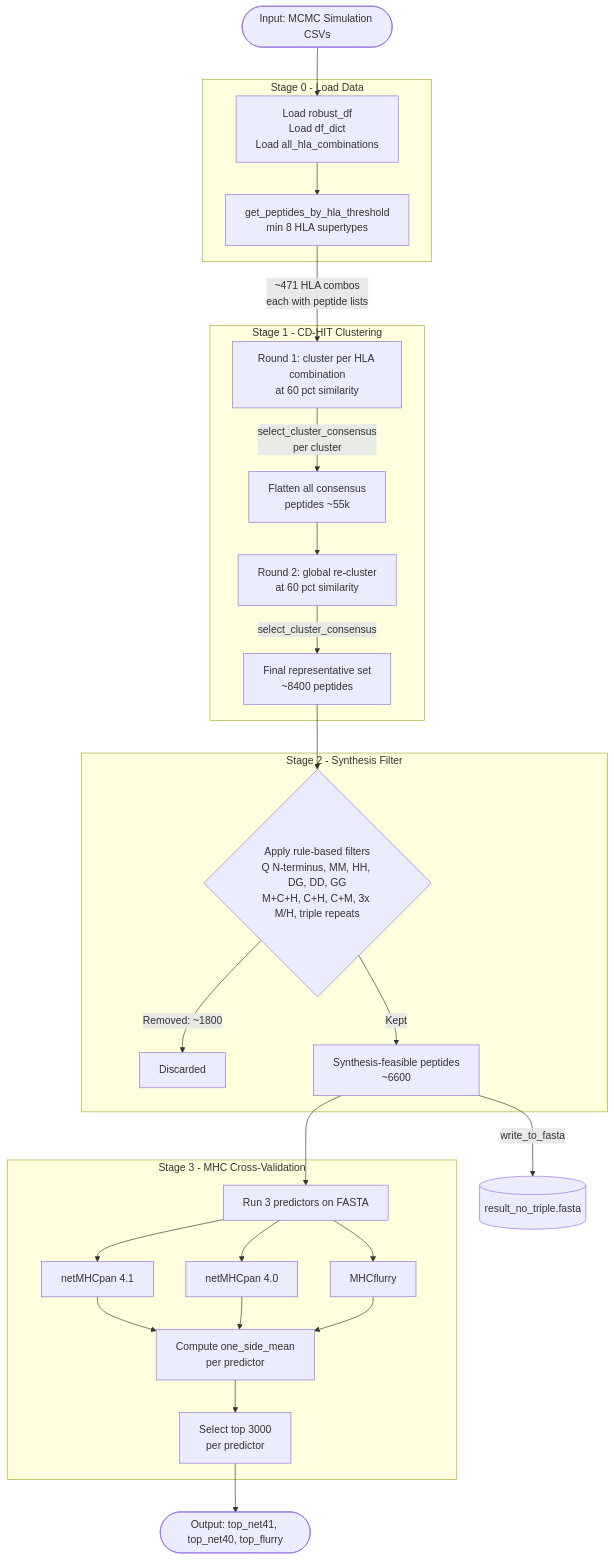
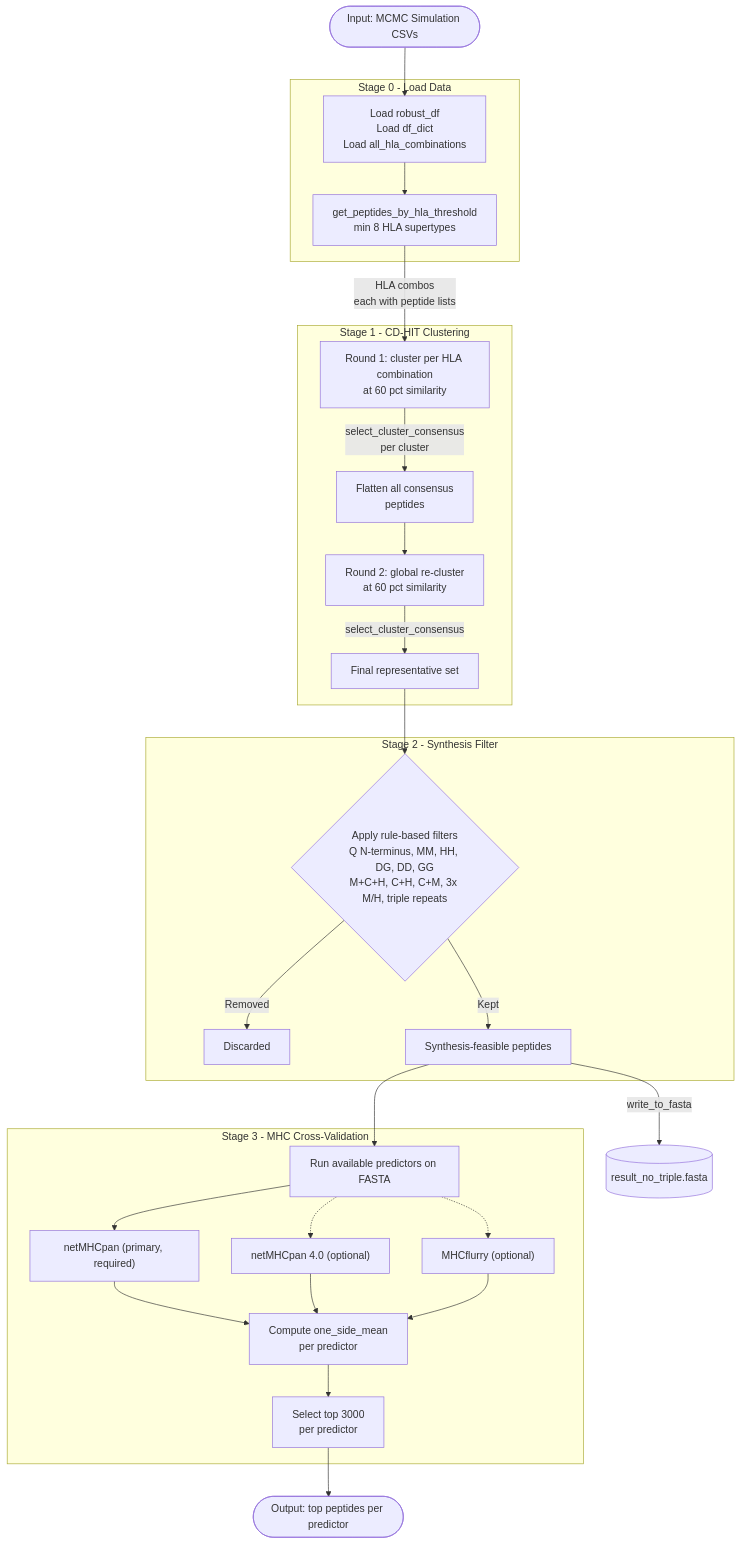
One commit to elinor5938/super-HLA changed the diagram in filtering/README.md. Above: the diagram before and after it, drawn with Mermaid. The commit also changed other lines of this file and 16 other files, not shown here.

````diff
--- a/filtering/README.md
+++ b/filtering/README.md
@@ -14,41 +13,41 @@
 ```mermaid
 flowchart TD
     A([Input: MCMC Simulation CSVs]) --> S0
 
     subgraph Stage 0 - Load Data
         S0["Load robust_df<br/>Load df_dict<br/>Load all_hla_combinations"]
         S0 --> S0b["get_peptides_by_hla_threshold<br/>min 8 HLA supertypes"]
     end
 
-    S0b -->|"~471 HLA combos<br/>each with peptide lists"| S1
+    S0b -->|"HLA combos<br/>each with peptide lists"| S1
 
     subgraph Stage 1 - CD-HIT Clustering
         S1["Round 1: cluster per HLA combination<br/>at 60 pct similarity"]
         S1 -->|"select_cluster_consensus<br/>per cluster"| S1b
-        S1b["Flatten all consensus<br/>peptides ~55k"]
+        S1b["Flatten all consensus<br/>peptides"]
         S1b --> S1c["Round 2: global re-cluster<br/>at 60 pct similarity"]
-        S1c -->|select_cluster_consensus| S1d["Final representative set<br/>~8400 peptides"]
+        S1c -->|select_cluster_consensus| S1d["Final representative set"]
     end
 
     S1d --> S2
 
     subgraph Stage 2 - Synthesis Filter
         S2{"Apply rule-based filters<br/>Q N-terminus, MM, HH, DG, DD, GG<br/>M+C+H, C+H, C+M, 3x M/H, triple repeats"}
-        S2 -->|"Removed: ~1800"| Trash1[Discarded]
-        S2 -->|Kept| S2b["Synthesis-feasible peptides<br/>~6600"]
+        S2 -->|Removed| Trash1[Discarded]
+        S2 -->|Kept| S2b["Synthesis-feasible peptides"]
     end
 
     S2b --> S3
     S2b -->|write_to_fasta| FASTA[(result_no_triple.fasta)]
 
     subgraph Stage 3 - MHC Cross-Validation
-        S3[Run 3 predictors on FASTA]
-        S3 --> P1[netMHCpan 4.1]
-        S3 --> P2[netMHCpan 4.0]
-        S3 --> P3[MHCflurry]
+        S3[Run available predictors on FASTA]
+        S3 --> P1["netMHCpan (primary, required)"]
+        S3 -.-> P2["netMHCpan 4.0 (optional)"]
+        S3 -.-> P3["MHCflurry (optional)"]
         P1 & P2 & P3 --> Score["Compute one_side_mean<br/>per predictor"]
         Score --> Top["Select top 3000<br/>per predictor"]
     end
 
-    Top --> Out(["Output: top_net41, top_net40, top_flurry"])
+    Top --> Out(["Output: top peptides per predictor"])
 ```
````
